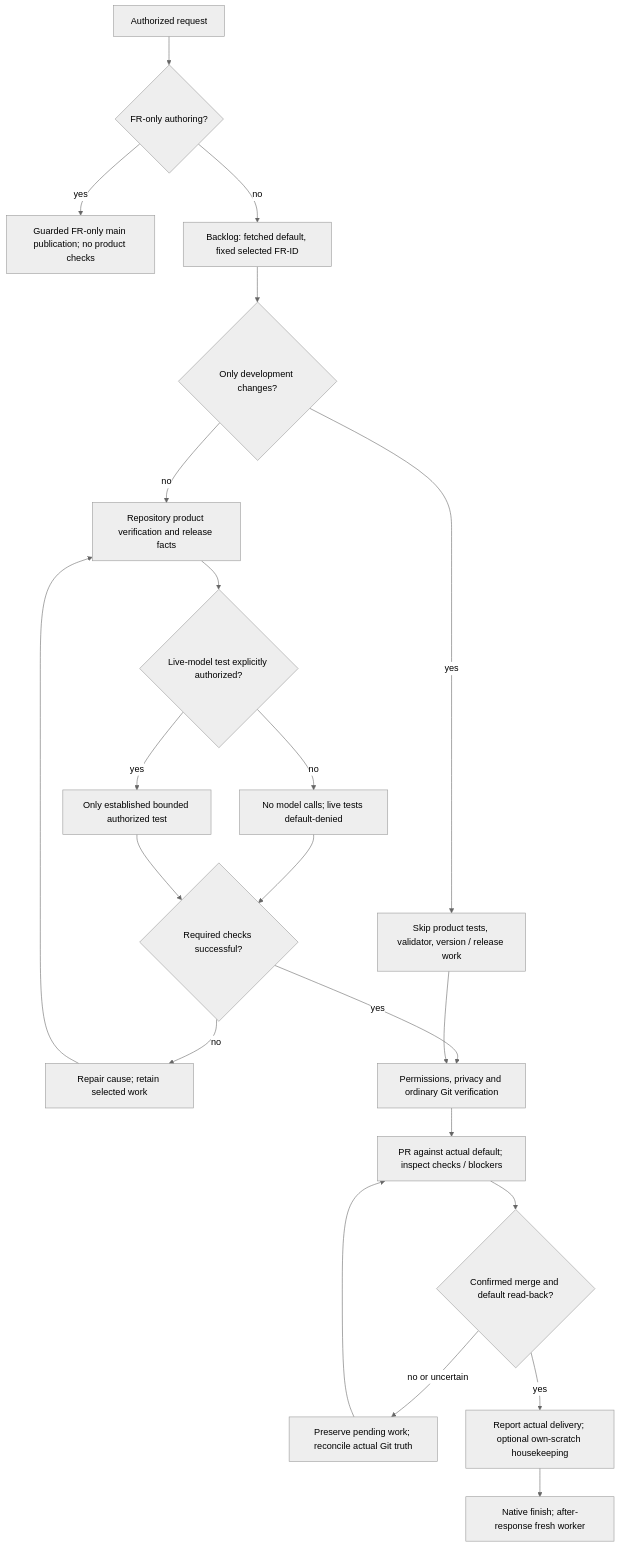
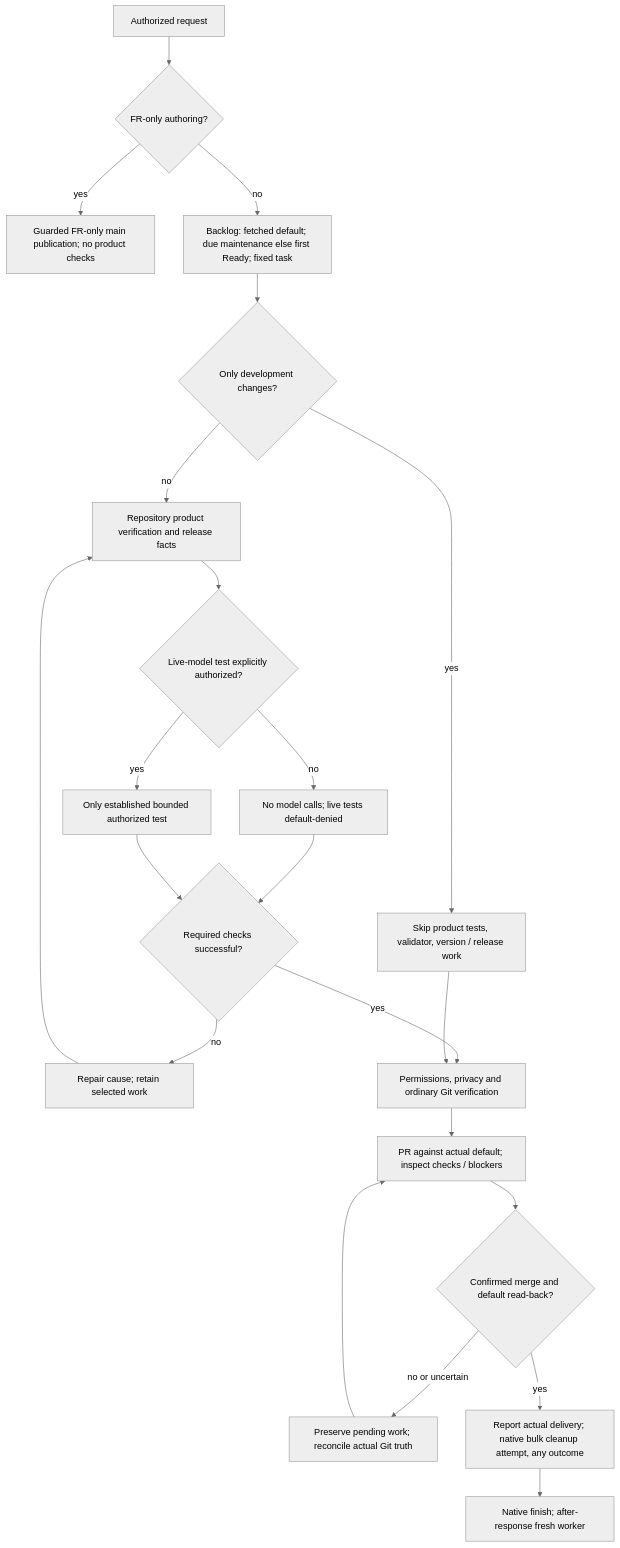
One commit to qstoffe/cost-guard changed the second of 2 diagrams in development/architecture/OVERVIEW.md. Above: the diagram before and after it, drawn with Mermaid (neutral theme). The commit also changed other lines of this file and 15 other files, not shown here.

First line of the commit message:
Architecture maintenance 30: retire obsolete comparison sampling (v80.160) (#163)

````diff
--- a/development/architecture/OVERVIEW.md
+++ b/development/architecture/OVERVIEW.md
@@ -122,24 +124,24 @@
 ```mermaid
 flowchart TD
     request["Authorized request"] --> author{"FR-only authoring?"}
     author -->|yes| publish["Guarded FR-only main publication; no product checks"]
-    author -->|no| select["Backlog: fetched default, fixed selected FR-ID"]
+    author -->|no| select["Backlog: fetched default; due maintenance else first Ready; fixed task"]
     select --> scope{"Only development changes?"}
     scope -->|yes| skip["Skip product tests, validator, version / release work"]
     scope -->|no| product["Repository product verification and release facts"]
     product --> live{"Live-model test explicitly authorized?"}
     live -->|no| denied["No model calls; live tests default-denied"]
     live -->|yes| bounded["Only established bounded authorized test"]
     denied --> outcome{"Required checks successful?"}
     bounded --> outcome
     outcome -->|no| repair["Repair cause; retain selected work"]
     repair --> product
     outcome -->|yes| safe["Permissions, privacy and ordinary Git verification"]
     skip --> safe
     safe --> pr["PR against actual default; inspect checks / blockers"]
     pr --> truth{"Confirmed merge and default read-back?"}
     truth -->|no or uncertain| preserve["Preserve pending work; reconcile actual Git truth"]
     preserve --> pr
-    truth -->|yes| delivery["Report actual delivery; optional own-scratch housekeeping"]
+    truth -->|yes| delivery["Report actual delivery; native bulk cleanup attempt, any outcome"]
     delivery --> finish["Native finish; after-response fresh worker"]
 ```
````
